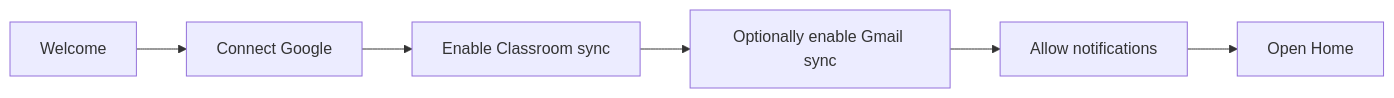
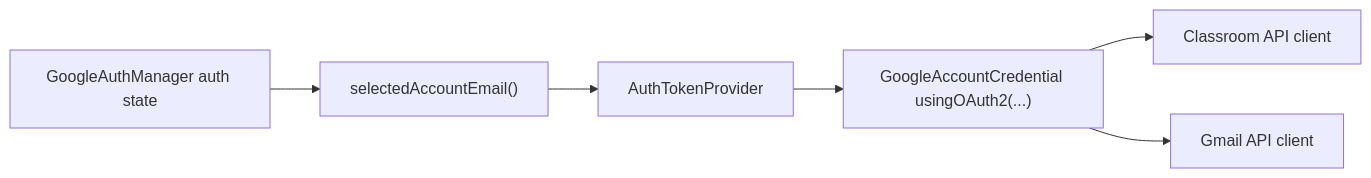
One commit to InsaneCoder789/ClassSync changed the fifth of 11 diagrams in docs/User manual.md. Above: the diagram before and after it, drawn with Mermaid. The commit also changed other lines of this file and 16 other files, not shown here.

````diff
--- a/docs/User manual.md
+++ b/docs/User manual.md
@@ -62,8 +310,8 @@
 ```mermaid
 flowchart LR
-    A["Welcome"] --> B["Connect Google"]
-    B --> C["Enable Classroom sync"]
-    C --> D["Optionally enable Gmail sync"]
-    D --> E["Allow notifications"]
-    E --> F["Open Home"]
+    A["GoogleAuthManager auth state"] --> B["selectedAccountEmail()"]
+    B --> C["AuthTokenProvider"]
+    C --> D["GoogleAccountCredential usingOAuth2(...)"]
+    D --> E["Classroom API client"]
+    D --> F["Gmail API client"]
 ```
````
